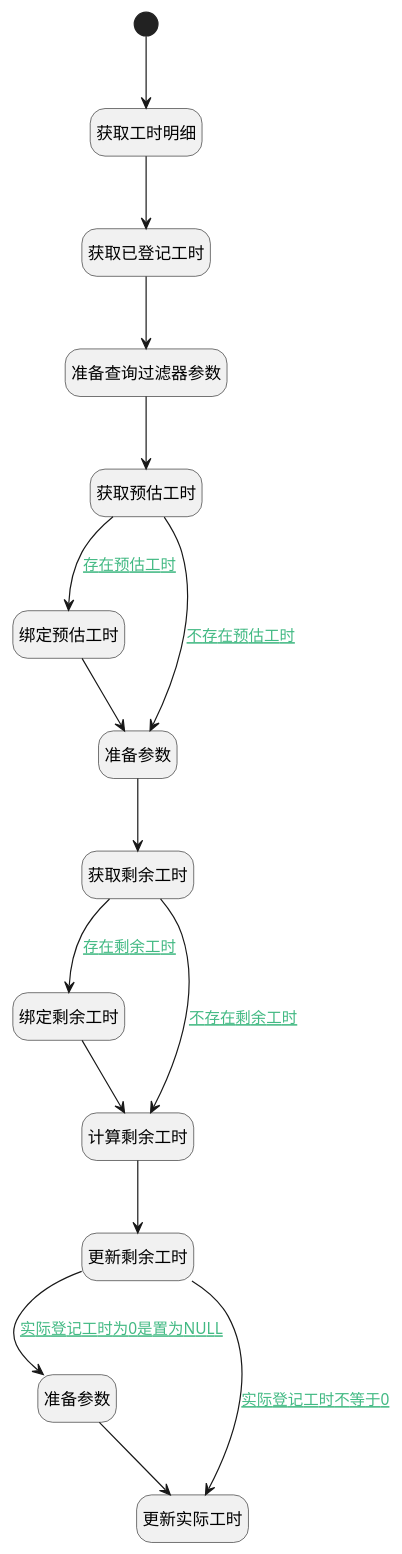
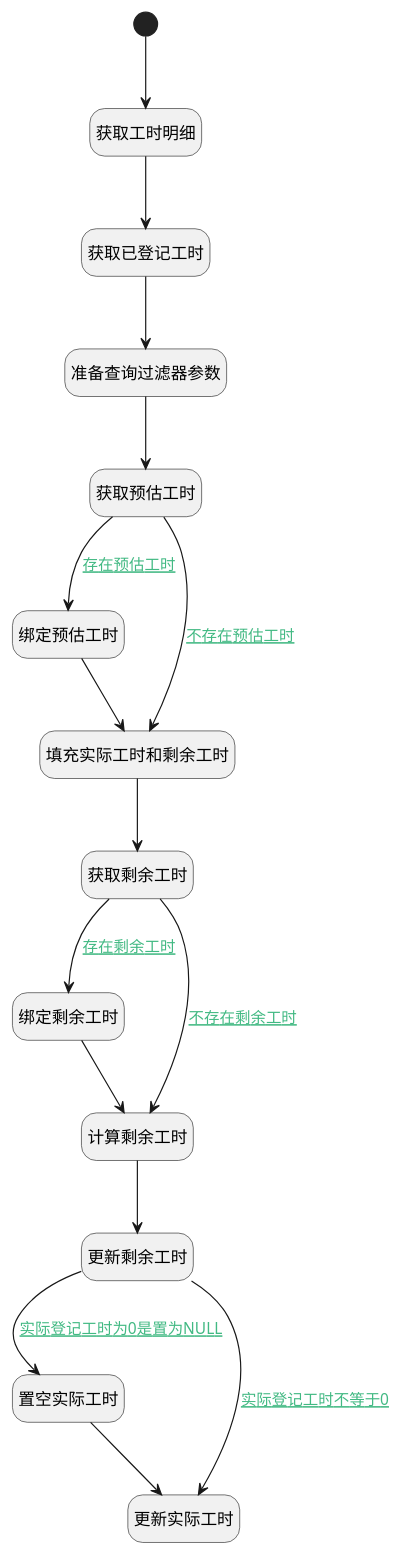
The diagram in doc/docsify/module/Base/workload/logic/before_remove.md (iBizLab/plm), drawn with PlantUML before and after one commit. The commit also changed other lines of this file and 1778 other files, not shown here.

````diff
--- a/doc/docsify/module/Base/workload/logic/before_remove.md
+++ b/doc/docsify/module/Base/workload/logic/before_remove.md
@@ -7,44 +7,44 @@
 ```plantuml
 @startuml
 hide empty description
 <style>
 root {
   HyperlinkColor #42b983
 }
 </style>
 
 hide empty description
 state "开始" as Begin <<start>> [[$./before_remove#begin {"开始"}]]
 state "获取工时明细" as DEACTION1  [[$./before_remove#deaction1 {"获取工时明细"}]]
 state "获取已登记工时" as RAWSQLCALL2  [[$./before_remove#rawsqlcall2 {"获取已登记工时"}]]
 state "准备查询过滤器参数" as PREPAREPARAM1  [[$./before_remove#prepareparam1 {"准备查询过滤器参数"}]]
 state "获取预估工时" as DEDATASET1  [[$./before_remove#dedataset1 {"获取预估工时"}]]
 state "绑定预估工时" as BINDPARAM1  [[$./before_remove#bindparam1 {"绑定预估工时"}]]
-state "准备参数" as PREPAREPARAM2  [[$./before_remove#prepareparam2 {"准备参数"}]]
+state "填充实际工时和剩余工时" as PREPAREPARAM2  [[$./before_remove#prepareparam2 {"填充实际工时和剩余工时"}]]
 state "获取剩余工时" as DEDATASET2  [[$./before_remove#dedataset2 {"获取剩余工时"}]]
 state "绑定剩余工时" as BINDPARAM2  [[$./before_remove#bindparam2 {"绑定剩余工时"}]]
 state "计算剩余工时" as RAWSFCODE1  [[$./before_remove#rawsfcode1 {"计算剩余工时"}]]
 state "更新剩余工时" as DEACTION2  [[$./before_remove#deaction2 {"更新剩余工时"}]]
-state "准备参数" as PREPAREPARAM3  [[$./before_remove#prepareparam3 {"准备参数"}]]
+state "置空实际工时" as PREPAREPARAM3  [[$./before_remove#prepareparam3 {"置空实际工时"}]]
 state "更新实际工时" as DEACTION3  [[$./before_remove#deaction3 {"更新实际工时"}]]
 
 
 Begin --> DEACTION1
 DEACTION1 --> RAWSQLCALL2
 RAWSQLCALL2 --> PREPAREPARAM1
 PREPAREPARAM1 --> DEDATASET1
 DEDATASET1 --> PREPAREPARAM2 : [[$./before_remove#dedataset1-prepareparam2{不存在预估工时} 不存在预估工时]]
 PREPAREPARAM2 --> DEDATASET2
 DEDATASET2 --> BINDPARAM2 : [[$./before_remove#dedataset2-bindparam2{存在剩余工时} 存在剩余工时]]
 BINDPARAM2 --> RAWSFCODE1
 RAWSFCODE1 --> DEACTION2
 DEACTION2 --> PREPAREPARAM3 : [[$./before_remove#deaction2-prepareparam3{实际登记工时为0是置为NULL} 实际登记工时为0是置为NULL]]
 PREPAREPARAM3 --> DEACTION3
 DEACTION2 --> DEACTION3 : [[$./before_remove#deaction2-deaction3{实际登记工时不等于0} 实际登记工时不等于0]]
 DEDATASET2 --> RAWSFCODE1 : [[$./before_remove#dedataset2-rawsfcode1{不存在剩余工时} 不存在剩余工时]]
 DEDATASET1 --> BINDPARAM1 : [[$./before_remove#dedataset1-bindparam1{存在预估工时} 存在预估工时]]
 BINDPARAM1 --> PREPAREPARAM2
 
 
 @enduml
 ```
````
